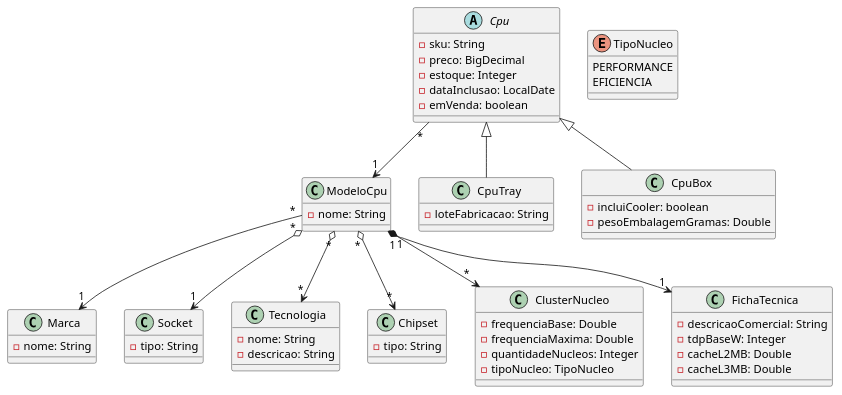
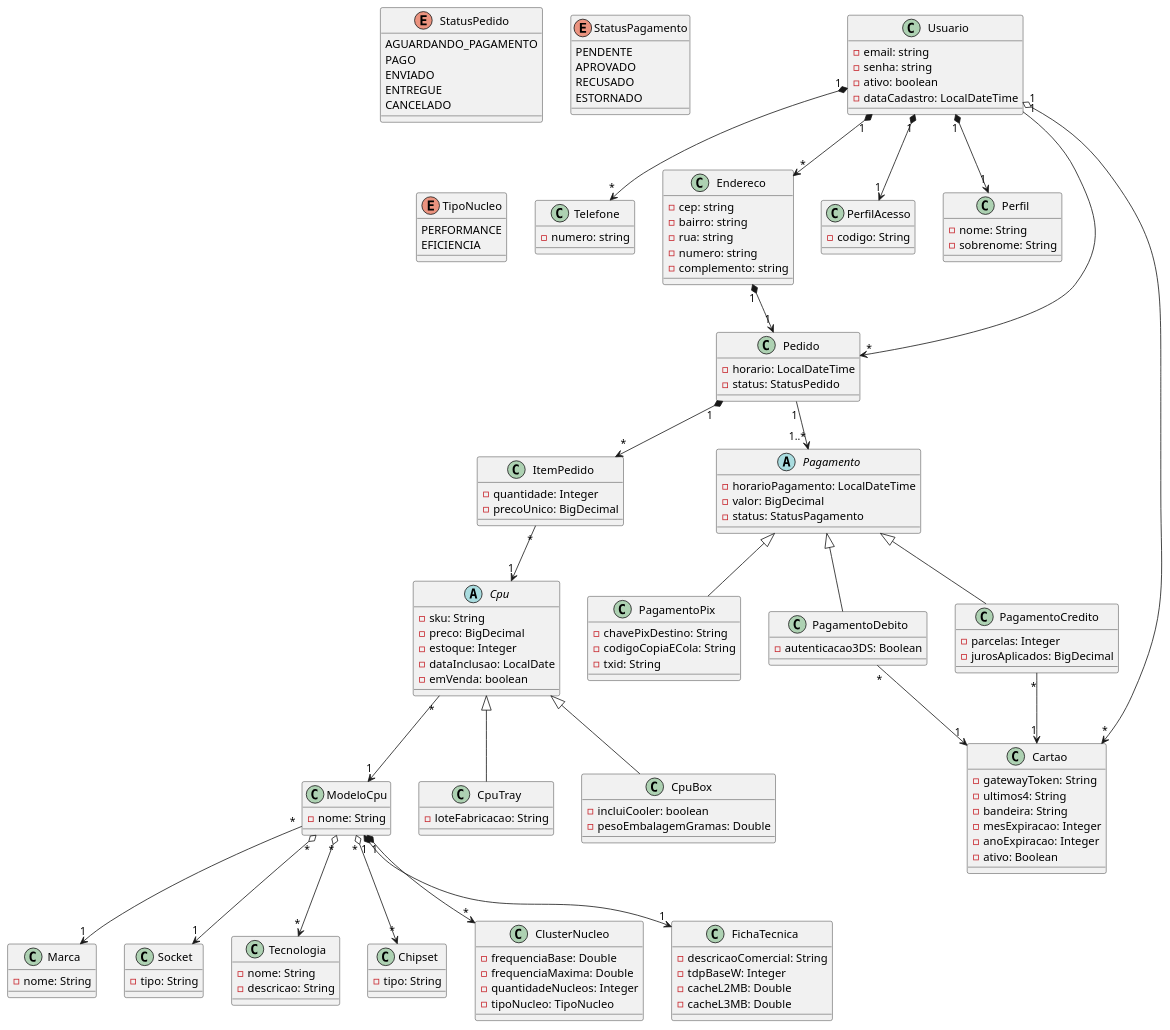
Before and after one commit to VictorAlexandreBM/topicos2-cpu: the diagram in docs/diagrama-classe.puml, drawn with PlantUML. The commit also changed 180 other files, not shown here.

```diff
--- a/docs/diagrama-classe.puml
+++ b/docs/diagrama-classe.puml
@@ -1,69 +1,171 @@
 @startuml
+class Usuario {
+    - email: string
+    - senha: string
+    - ativo: boolean
+    - dataCadastro: LocalDateTime
+}
+
+class Telefone {
+    - numero: string
+}
+
+class Endereco {
+    - cep: string
+    - bairro: string
+    - rua: string
+    - numero: string
+    - complemento: string
+}
+
+class PerfilAcesso {
+    - codigo: String
+}
+
+class Perfil {
+    - nome: String
+    - sobrenome: String
+}
+
+class Pedido {
+    - horario: LocalDateTime
+    - status: StatusPedido
+}
+
+class ItemPedido {
+    - quantidade: Integer
+    - precoUnico: BigDecimal
+}
+
+enum StatusPedido {
+   AGUARDANDO_PAGAMENTO
+   PAGO
+   ENVIADO
+   ENTREGUE
+   CANCELADO
+}
+
+enum StatusPagamento {
+    PENDENTE
+    APROVADO
+    RECUSADO
+    ESTORNADO
+}
+
+abstract class Pagamento {
+    - horarioPagamento: LocalDateTime
+    - valor: BigDecimal
+    - status: StatusPagamento
+}
+
+class PagamentoPix {
+    - chavePixDestino: String
+    - codigoCopiaECola: String
+    - txid: String
+}
+
+class PagamentoDebito {
+    - autenticacao3DS: Boolean
+}
+
+class PagamentoCredito {
+    - parcelas: Integer
+    - jurosAplicados: BigDecimal
+}
+
+class Cartao {
+    - gatewayToken: String
+    - ultimos4: String
+    - bandeira: String
+    - mesExpiracao: Integer
+    - anoExpiracao: Integer
+    - ativo: Boolean
+}
+
 class Marca {
     - nome: String
 }
 
 class Socket {
     - tipo: String
 }
 
 class Tecnologia {
     - nome: String
     - descricao: String
 }
 
 class Chipset {
     - tipo: String
 }
 
 class ModeloCpu {
     - nome: String
 }
 
 abstract class Cpu {
     - sku: String
     - preco: BigDecimal
     - estoque: Integer
     - dataInclusao: LocalDate
     - emVenda: boolean
 }
 
 class CpuTray {
     - loteFabricacao: String
 }
 
 class CpuBox {
     - incluiCooler: boolean
     - pesoEmbalagemGramas: Double
 }
 
 class ClusterNucleo {
     - frequenciaBase: Double
     - frequenciaMaxima: Double
     - quantidadeNucleos: Integer
     - tipoNucleo: TipoNucleo
 }
 
 enum TipoNucleo {
     PERFORMANCE
     EFICIENCIA
 }
 
 class FichaTecnica {
     - descricaoComercial: String
     - tdpBaseW: Integer
     - cacheL2MB: Double
     - cacheL3MB: Double
 }
 
 Cpu "*" --> "1" ModeloCpu
 Cpu <|-- CpuBox
 Cpu <|-- CpuTray
 ModeloCpu "1" *--> "1" FichaTecnica
 ModeloCpu "*" o--> "*" Chipset
 ModeloCpu "*" o--> "*" Tecnologia
 ModeloCpu "*" o--> "1" Socket
 ModeloCpu "*" --> "1" Marca
 ModeloCpu "1" *--> "*" ClusterNucleo
 
+Usuario "1" *--> "1" PerfilAcesso
+Usuario "1" *--> "1" Perfil
+Usuario "1" *--> "*" Endereco
+Usuario "1" *--> "*" Telefone
+Usuario "1" o--> "*" Cartao
+
+Usuario "1" --> "*" Pedido
+Endereco "1" *--> "1" Pedido
+Pedido "1" *--> "*" ItemPedido
+ItemPedido "*" --> "1" Cpu
+
+Pedido "1" --> "1..*" Pagamento
+Pagamento <|-- PagamentoPix
+Pagamento <|-- PagamentoDebito
+Pagamento <|-- PagamentoCredito
+
+PagamentoCredito "*" --> "1" Cartao
+PagamentoDebito "*" --> "1" Cartao
+
 @enduml
```
